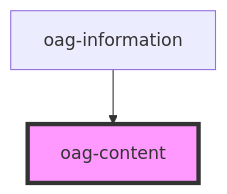
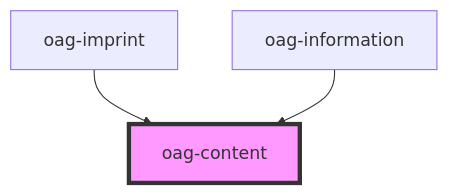
The diagram in docs/components/oag-content/readme.md (ortsarchiv-gemeinlebarn/components), drawn with Mermaid before and after one commit. The commit also changed other lines of this file and 19 other files, not shown here.

````diff
--- a/docs/components/oag-content/readme.md
+++ b/docs/components/oag-content/readme.md
@@ -15,5 +16,6 @@
 ```mermaid
 graph TD;
+  oag-imprint --> oag-content
   oag-information --> oag-content
   style oag-content fill:#f9f,stroke:#333,stroke-width:4px
 ```
````
